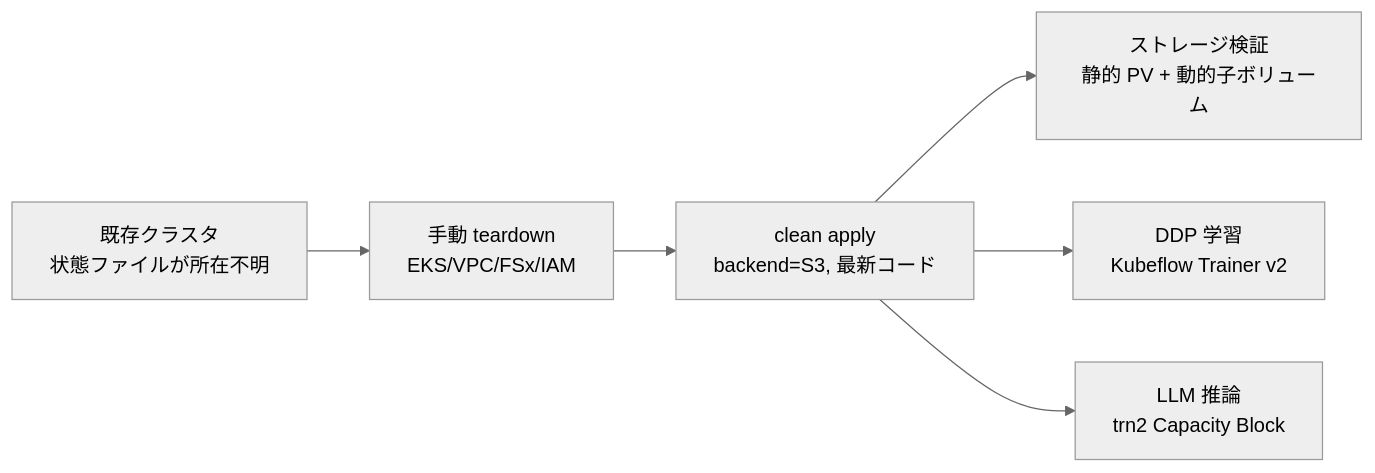
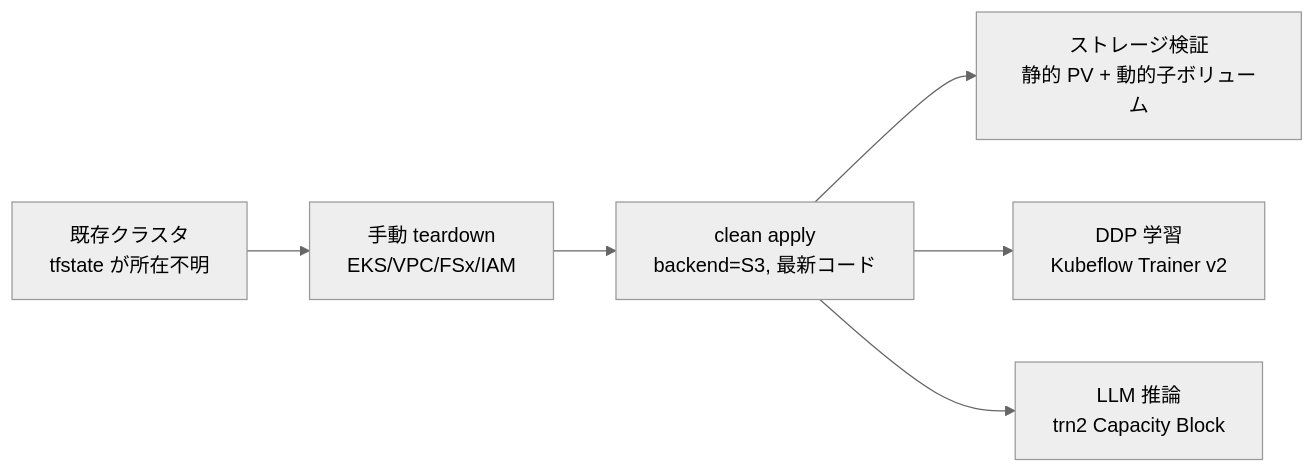
One commit to littlemex/zenn changed the diagram in articles/162e5225ba1c9b.md. Above: the diagram before and after it, drawn with Mermaid (neutral theme). The commit also changed other lines of this file, not shown here.

````diff
--- a/articles/162e5225ba1c9b.md
+++ b/articles/162e5225ba1c9b.md
@@ -34,8 +32,8 @@
 ```mermaid
 flowchart LR
-  A["既存クラスタ<br/>状態ファイルが所在不明"] --> B["手動 teardown<br/>EKS/VPC/FSx/IAM"]
+  A["既存クラスタ<br/>tfstate が所在不明"] --> B["手動 teardown<br/>EKS/VPC/FSx/IAM"]
   B --> C["clean apply<br/>backend=S3, 最新コード"]
   C --> D["ストレージ検証<br/>静的 PV + 動的子ボリューム"]
   C --> E["DDP 学習<br/>Kubeflow Trainer v2"]
   C --> F["LLM 推論<br/>trn2 Capacity Block"]
 ```
````
